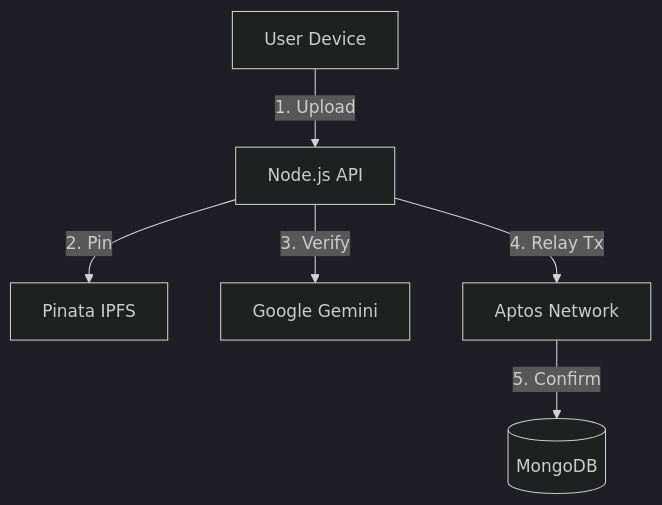
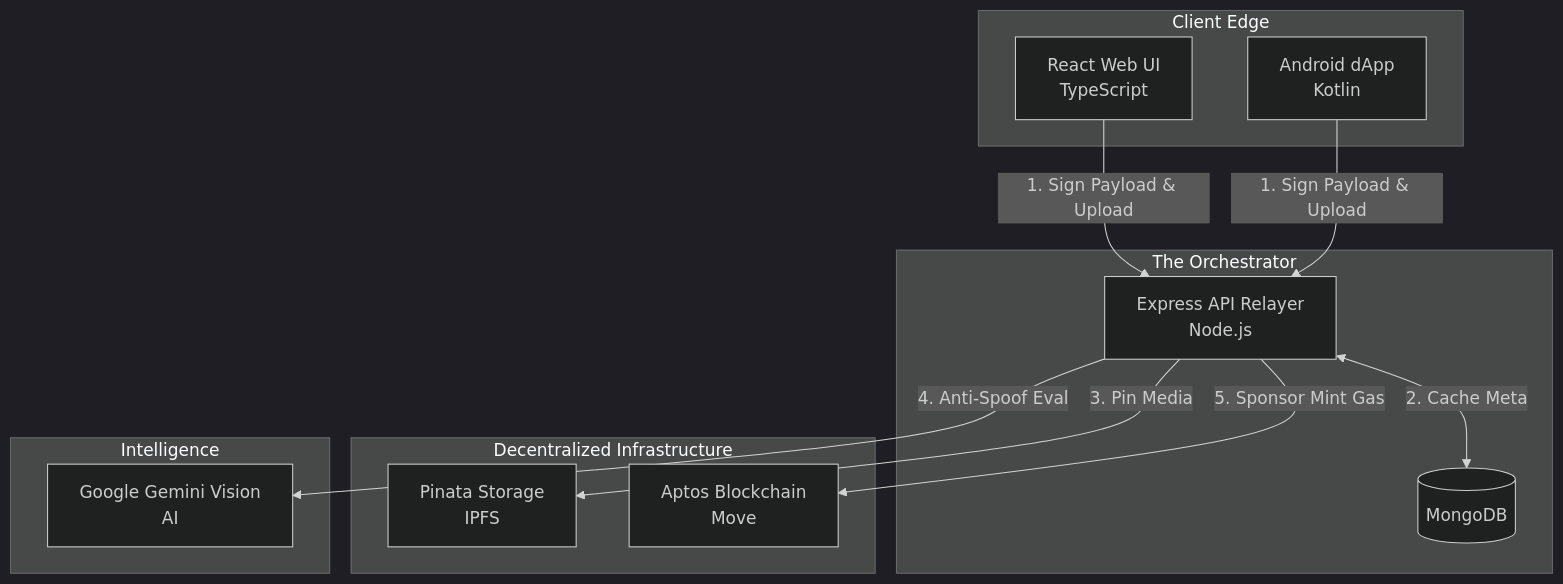
Before and after one commit to Normie69K/LifeVault_Innova84: the diagram in README.md, drawn with Mermaid (dark theme). The commit also changed other lines of this file and 293 other files, not shown here.

````diff
--- a/README.md
+++ b/README.md
@@ -64,9 +73,28 @@
 ```mermaid
 graph TD
-    User[User Device] -->|1. Upload| Backend[Node.js API]
-    Backend -->|2. Pin| IPFS[Pinata IPFS]
-    Backend -->|3. Verify| AI[Google Gemini]
-    Backend -->|4. Relay Tx| Blockchain[Aptos Network]
-    Blockchain -->|5. Confirm| Database[(MongoDB)]
+    subgraph Client Edge
+        Android[Android dApp<br/>Kotlin]
+        Web[React Web UI<br/>TypeScript]
+    end
+
+    subgraph The Orchestrator
+        Backend[Express API Relayer<br/>Node.js]
+        DB[(MongoDB)]
+    end
+
+    subgraph Decentralized Infrastructure
+        IPFS[Pinata Storage<br/>IPFS]
+        Aptos[Aptos Blockchain<br/>Move]
+    end
+    
+    subgraph Intelligence
+        Gemini[Google Gemini Vision<br/>AI]
+    end
+
+    Android & Web -->|1. Sign Payload & Upload| Backend
+    Backend <-->|2. Cache Meta| DB
+    Backend -->|3. Pin Media| IPFS
+    Backend -->|4. Anti-Spoof Eval| Gemini
+    Backend -->|5. Sponsor Mint Gas| Aptos
 
 ```
````
